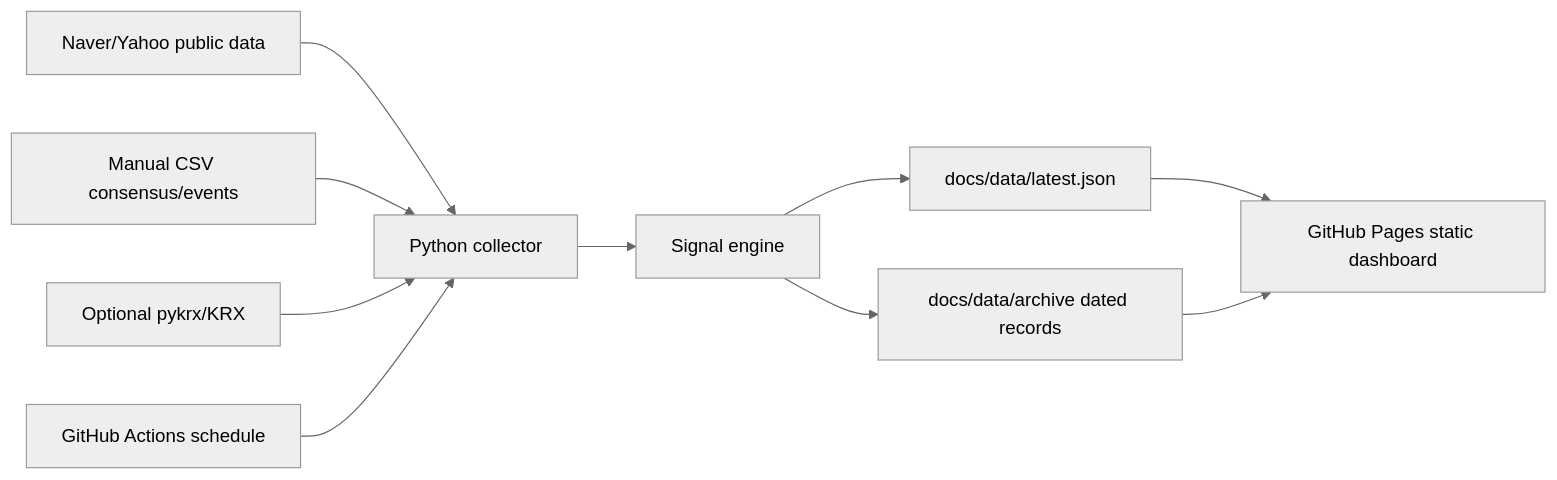
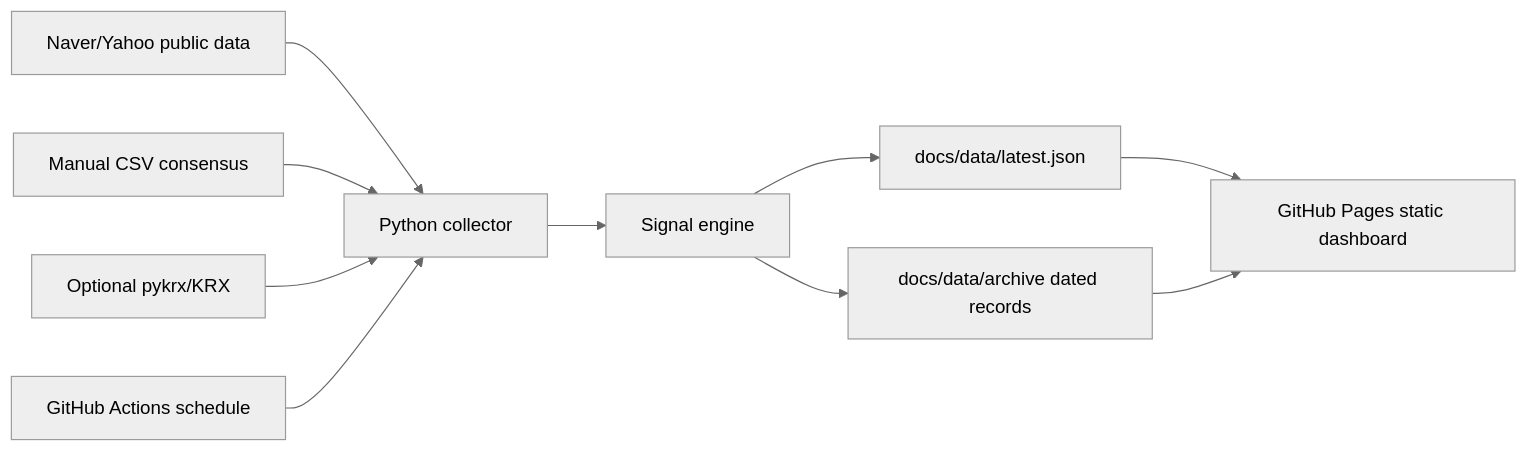
The diagram in docs/ARCHITECTURE.md (koalav/slhs), drawn with Mermaid (neutral theme) before and after one commit. The commit also changed other lines of this file and 20 other files, not shown here.

````diff
--- a/docs/ARCHITECTURE.md
+++ b/docs/ARCHITECTURE.md
@@ -42,12 +41,12 @@
 ```mermaid
 flowchart LR
   A[Naver/Yahoo public data] --> B[Python collector]
-  C[Manual CSV consensus/events] --> B
+  C[Manual CSV consensus] --> B
   D[Optional pykrx/KRX] --> B
   B --> E[Signal engine]
   E --> F[docs/data/latest.json]
   E --> I[docs/data/archive dated records]
   F --> G[GitHub Pages static dashboard]
   I --> G
   H[GitHub Actions schedule] --> B
 ```
````
